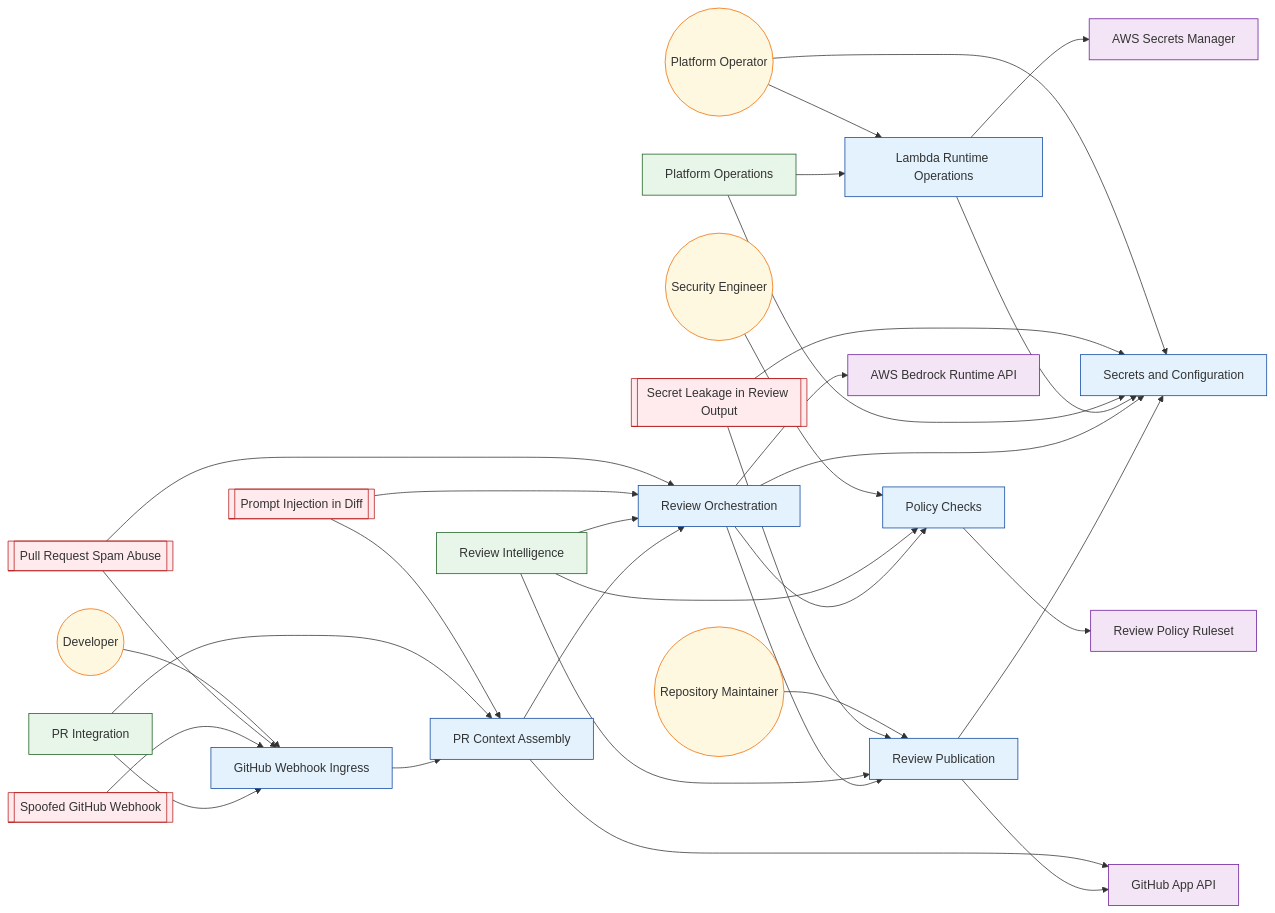
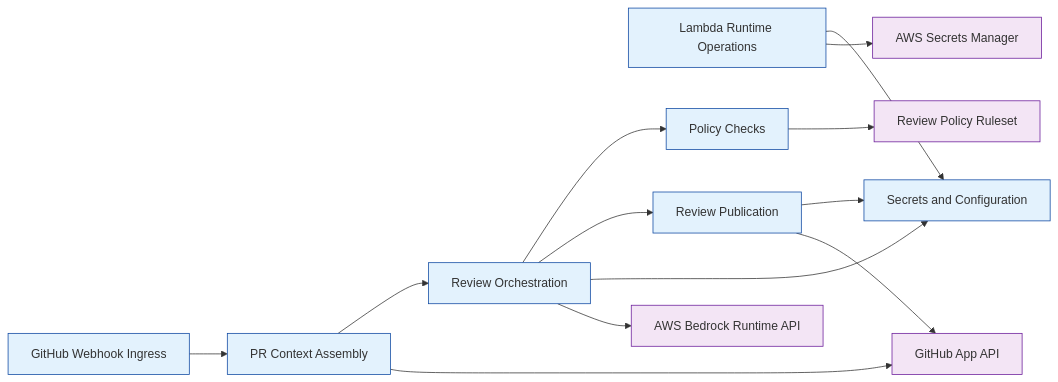
The diagram in examples/bedrock-pr-review-github-app-sample/generated/VIEW-TRACEABILITY.mmd (labeth/engineering-model-go), drawn with Mermaid before and after one commit. The commit also changed 48 other files, not shown here.

Commit message:
added flow view

```diff
--- a/examples/bedrock-pr-review-github-app-sample/generated/VIEW-TRACEABILITY.mmd
+++ b/examples/bedrock-pr-review-github-app-sample/generated/VIEW-TRACEABILITY.mmd
@@ -1,61 +1,40 @@
 flowchart LR
 %% view: VIEW-TRACEABILITY (traceability)
-N_ACT_DEVELOPER(("Developer")):::actor
-N_ACT_PLATFORM_OPERATOR(("Platform Operator")):::actor
-N_ACT_REPOSITORY_MAINTAINER(("Repository Maintainer")):::actor
-N_ACT_SECURITY_ENGINEER(("Security Engineer")):::actor
-N_AV_PR_SPAM_ABUSE[["Pull Request Spam Abuse"]]:::attack_vector
-N_AV_PROMPT_INJECTION_IN_DIFF[["Prompt Injection in Diff"]]:::attack_vector
-N_AV_SECRET_LEAKAGE_IN_REVIEW[["Secret Leakage in Review Output"]]:::attack_vector
-N_AV_SPOOFED_GITHUB_WEBHOOK[["Spoofed GitHub Webhook"]]:::attack_vector
-N_FG_PLATFORM_OPERATIONS["Platform Operations"]:::functional_group
-N_FG_PR_INTEGRATION["PR Integration"]:::functional_group
-N_FG_REVIEW_INTELLIGENCE["Review Intelligence"]:::functional_group
 N_FU_GITHUB_WEBHOOK_INGRESS["GitHub Webhook Ingress"]:::functional_unit
 N_FU_LAMBDA_RUNTIME_OPERATIONS["Lambda Runtime Operations"]:::functional_unit
 N_FU_POLICY_CHECKS["Policy Checks"]:::functional_unit
 N_FU_PR_CONTEXT_ASSEMBLY["PR Context Assembly"]:::functional_unit
 N_FU_REVIEW_ORCHESTRATION["Review Orchestration"]:::functional_unit
 N_FU_REVIEW_PUBLICATION["Review Publication"]:::functional_unit
 N_FU_SECRETS_CONFIGURATION["Secrets and Configuration"]:::functional_unit
 N_REF_AWS_BEDROCK_RUNTIME["AWS Bedrock Runtime API"]:::referenced_element
 N_REF_AWS_SECRETS_MANAGER["AWS Secrets Manager"]:::referenced_element
 N_REF_GITHUB_APP_API["GitHub App API"]:::referenced_element
 N_REF_POLICY_RULESET["Review Policy Ruleset"]:::referenced_element
-N_ACT_DEVELOPER --> N_FU_GITHUB_WEBHOOK_INGRESS
-N_ACT_PLATFORM_OPERATOR --> N_FU_LAMBDA_RUNTIME_OPERATIONS
-N_ACT_PLATFORM_OPERATOR --> N_FU_SECRETS_CONFIGURATION
-N_ACT_REPOSITORY_MAINTAINER --> N_FU_REVIEW_PUBLICATION
-N_ACT_SECURITY_ENGINEER --> N_FU_POLICY_CHECKS
-N_AV_PR_SPAM_ABUSE --> N_FU_GITHUB_WEBHOOK_INGRESS
-N_AV_PR_SPAM_ABUSE --> N_FU_REVIEW_ORCHESTRATION
-N_AV_PROMPT_INJECTION_IN_DIFF --> N_FU_PR_CONTEXT_ASSEMBLY
-N_AV_PROMPT_INJECTION_IN_DIFF --> N_FU_REVIEW_ORCHESTRATION
-N_AV_SECRET_LEAKAGE_IN_REVIEW --> N_FU_REVIEW_PUBLICATION
-N_AV_SECRET_LEAKAGE_IN_REVIEW --> N_FU_SECRETS_CONFIGURATION
-N_AV_SPOOFED_GITHUB_WEBHOOK --> N_FU_GITHUB_WEBHOOK_INGRESS
-N_FG_PLATFORM_OPERATIONS --> N_FU_LAMBDA_RUNTIME_OPERATIONS
-N_FG_PLATFORM_OPERATIONS --> N_FU_SECRETS_CONFIGURATION
-N_FG_PR_INTEGRATION --> N_FU_GITHUB_WEBHOOK_INGRESS
-N_FG_PR_INTEGRATION --> N_FU_PR_CONTEXT_ASSEMBLY
-N_FG_REVIEW_INTELLIGENCE --> N_FU_POLICY_CHECKS
-N_FG_REVIEW_INTELLIGENCE --> N_FU_REVIEW_ORCHESTRATION
-N_FG_REVIEW_INTELLIGENCE --> N_FU_REVIEW_PUBLICATION
 N_FU_GITHUB_WEBHOOK_INGRESS --> N_FU_PR_CONTEXT_ASSEMBLY
 N_FU_LAMBDA_RUNTIME_OPERATIONS --> N_FU_SECRETS_CONFIGURATION
 N_FU_LAMBDA_RUNTIME_OPERATIONS --> N_REF_AWS_SECRETS_MANAGER
 N_FU_POLICY_CHECKS --> N_REF_POLICY_RULESET
 N_FU_PR_CONTEXT_ASSEMBLY --> N_FU_REVIEW_ORCHESTRATION
 N_FU_PR_CONTEXT_ASSEMBLY --> N_REF_GITHUB_APP_API
 N_FU_REVIEW_ORCHESTRATION --> N_FU_POLICY_CHECKS
 N_FU_REVIEW_ORCHESTRATION --> N_FU_REVIEW_PUBLICATION
 N_FU_REVIEW_ORCHESTRATION --> N_FU_SECRETS_CONFIGURATION
 N_FU_REVIEW_ORCHESTRATION --> N_REF_AWS_BEDROCK_RUNTIME
 N_FU_REVIEW_PUBLICATION --> N_FU_SECRETS_CONFIGURATION
 N_FU_REVIEW_PUBLICATION --> N_REF_GITHUB_APP_API
 classDef functional_group fill:#e8f5e9,stroke:#1b5e20,stroke-width:1px;
 classDef functional_unit fill:#e3f2fd,stroke:#0d47a1,stroke-width:1px;
 classDef actor fill:#fff8e1,stroke:#ef6c00,stroke-width:1px;
 classDef attack_vector fill:#ffebee,stroke:#b71c1c,stroke-width:1px;
 classDef referenced_element fill:#f3e5f5,stroke:#6a1b9a,stroke-width:1px;
+classDef interface fill:#e8f5e9,stroke:#2e7d32,stroke-width:1px;
+classDef data_object fill:#fff3e0,stroke:#ef6c00,stroke-width:1px;
+classDef deployment_target fill:#ede7f6,stroke:#5e35b1,stroke-width:1px;
+classDef control fill:#fce4ec,stroke:#ad1457,stroke-width:1px;
+classDef trust_boundary fill:#e0f7fa,stroke:#006064,stroke-width:1px;
+classDef state fill:#e1f5fe,stroke:#0277bd,stroke-width:1px;
+classDef event fill:#fffde7,stroke:#f9a825,stroke-width:1px;
+classDef flow fill:#ede7f6,stroke:#4527a0,stroke-width:1px;
+classDef flow_step fill:#f1f8e9,stroke:#33691e,stroke-width:1px;
 classDef unknown fill:#ffffff,stroke:#adb5bd,stroke-width:1px;
```
